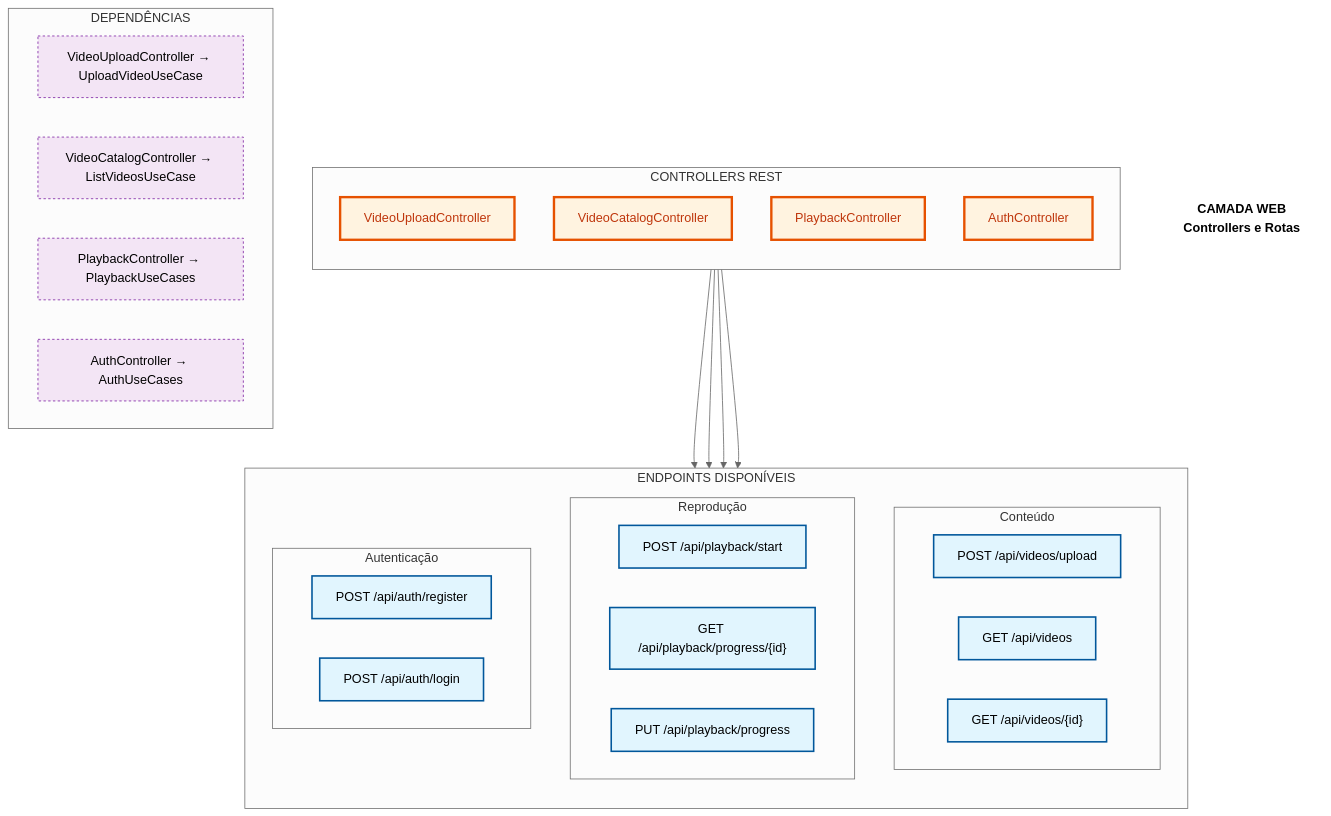
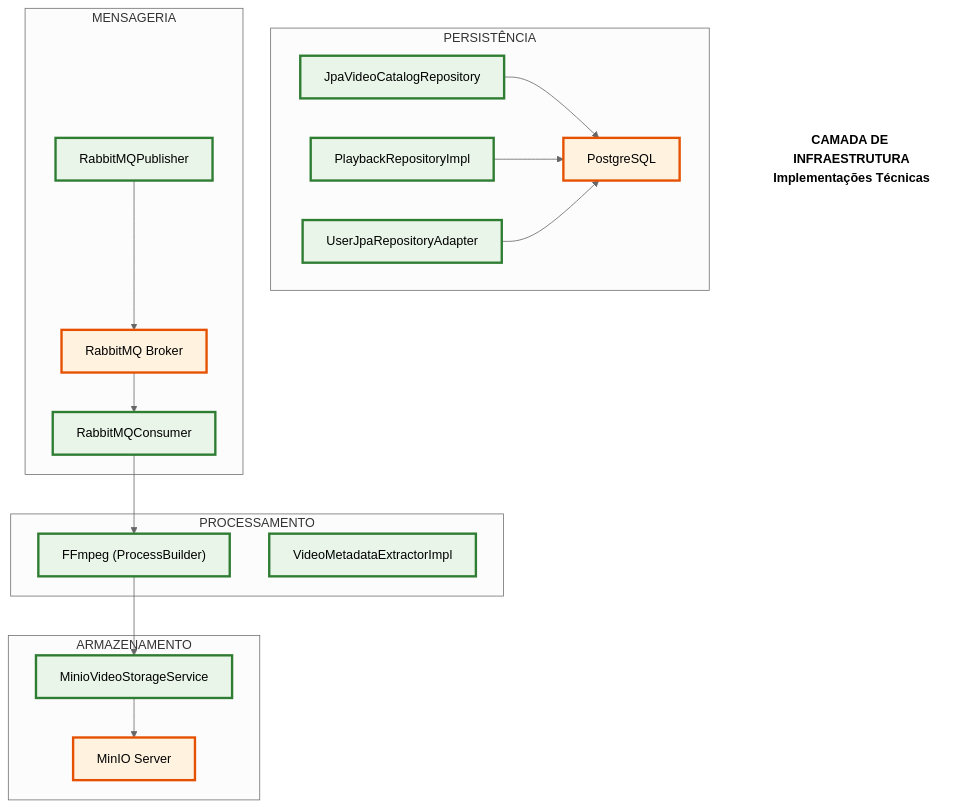
Before and after one commit to LuisNunes301/Video-Streaming-Platform: the third of 5 diagrams in README.md, drawn with Mermaid (neutral theme). The commit also changed other lines of this file and 9 other files, not shown here.

Commit message:
fix readme, + add new endpoint to get a date of video, improve docker

````diff
--- a/README.md
+++ b/README.md
@@ -104,55 +100,47 @@
 ```mermaid
 graph TB
-    title["CAMADA WEB<br/>Controllers e Rotas"]
+    title["CAMADA DE INFRAESTRUTURA<br/>Implementações Técnicas"]
     style title fill:#fff,stroke:none,font-family:Arial,font-size:16px,font-weight:bold
 
-    subgraph Web["CONTROLLERS REST"]
-        direction TB
-        
-        C1["VideoUploadController"]
-        C2["VideoCatalogController"]
-        C3["PlaybackController"]
-        C4["AuthController"]
+    subgraph Persistencia["PERSISTÊNCIA"]
+        IR1["JpaVideoCatalogRepository"]
+        IR2["PlaybackRepositoryImpl"]
+        IR3["UserJpaRepositoryAdapter"]
+        DB["PostgreSQL"]
     end
 
-    subgraph Endpoints["ENDPOINTS DISPONÍVEIS"]
-        direction TB
-        
-        subgraph Content["Conteúdo"]
-            E1["POST /api/videos/upload"]
-            E2["GET /api/videos"]
-            E3["GET /api/videos/{id}"]
-        end
-        
-        subgraph Playback["Reprodução"]
-            E4["POST /api/playback/start"]
-            E5["GET /api/playback/progress/{id}"]
-            E6["PUT /api/playback/progress"]
-        end
-        
-        subgraph Auth["Autenticação"]
-            E7["POST /api/auth/register"]
-            E8["POST /api/auth/login"]
-        end
+    subgraph Storage["ARMAZENAMENTO"]
+        S1["MinioVideoStorageService"]
+        S2["MinIO Server"]
     end
 
-    subgraph Dependencias["DEPENDÊNCIAS"]
-        D1["VideoUploadController → UploadVideoUseCase"]
-        D2["VideoCatalogController → ListVideosUseCase"]
-        D3["PlaybackController → PlaybackUseCases"]
-        D4["AuthController → AuthUseCases"]
+    subgraph Mensageria["MENSAGERIA"]
+        M1["RabbitMQPublisher"]
+        M2["RabbitMQConsumer"]
+        M3["RabbitMQ Broker"]
     end
 
-    C1 --> Content
-    C2 --> Content
-    C3 --> Playback
-    C4 --> Auth
+    subgraph Processamento["PROCESSAMENTO"]
+        F1["FFmpeg (ProcessBuilder)"]
+        F2["VideoMetadataExtractorImpl"]
+    end
+
+    IR1 --> DB
+    IR2 --> DB
+    IR3 --> DB
     
-    classDef web fill:#fff3e0,stroke:#e65100,stroke-width:3px,color:#bf360c
-    classDef endpoints fill:#e1f5fe,stroke:#01579b,stroke-width:2px
-    classDef deps fill:#f3e5f5,stroke:#7b1fa2,stroke-width:1px,stroke-dasharray: 3 3
+    S1 --> S2
     
-    class C1,C2,C3,C4 web
-    class E1,E2,E3,E4,E5,E6,E7,E8 endpoints
-    class D1,D2,D3,D4 deps
+    M1 --> M3
+    M3 --> M2
+    
+    M2 --> F1
+    F1 --> S1
+
+    classDef infra fill:#e8f5e8,stroke:#2e7d32,stroke-width:3px
+    classDef externo fill:#fff3e0,stroke:#e65100,stroke-width:3px
+    
+    class IR1,IR2,IR3,S1,M1,M2,F1,F2 infra
+    class DB,S2,M3 externo
+
 ``` 
````
